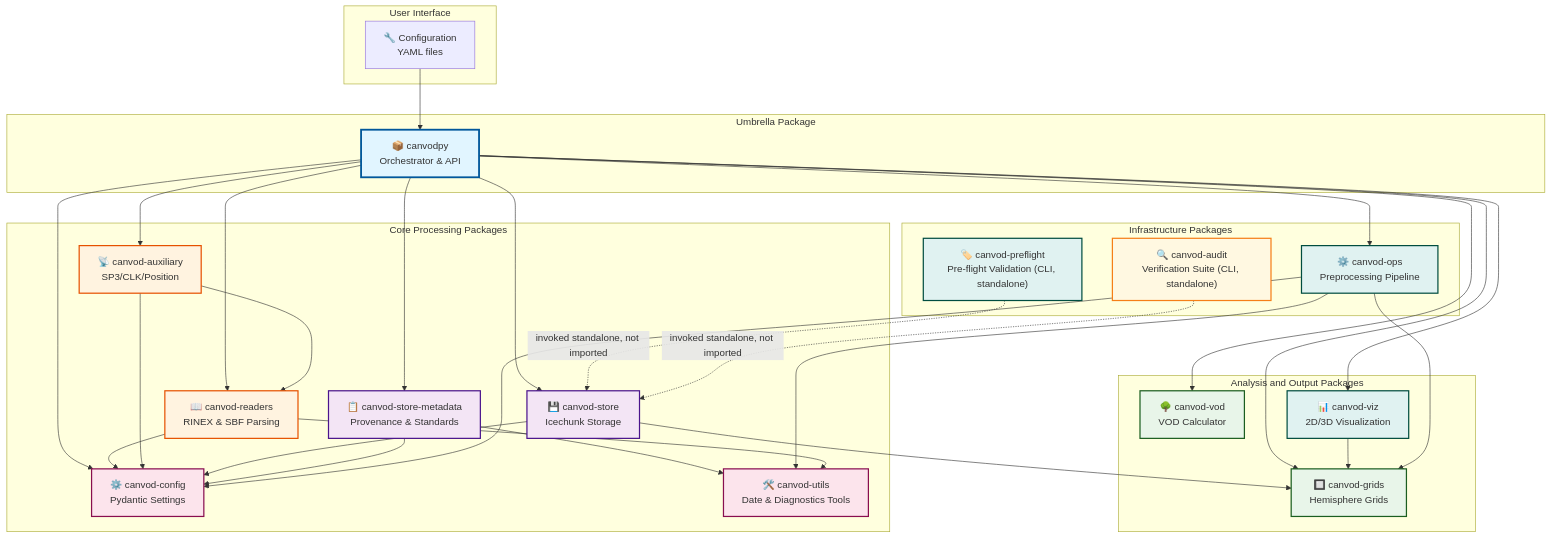
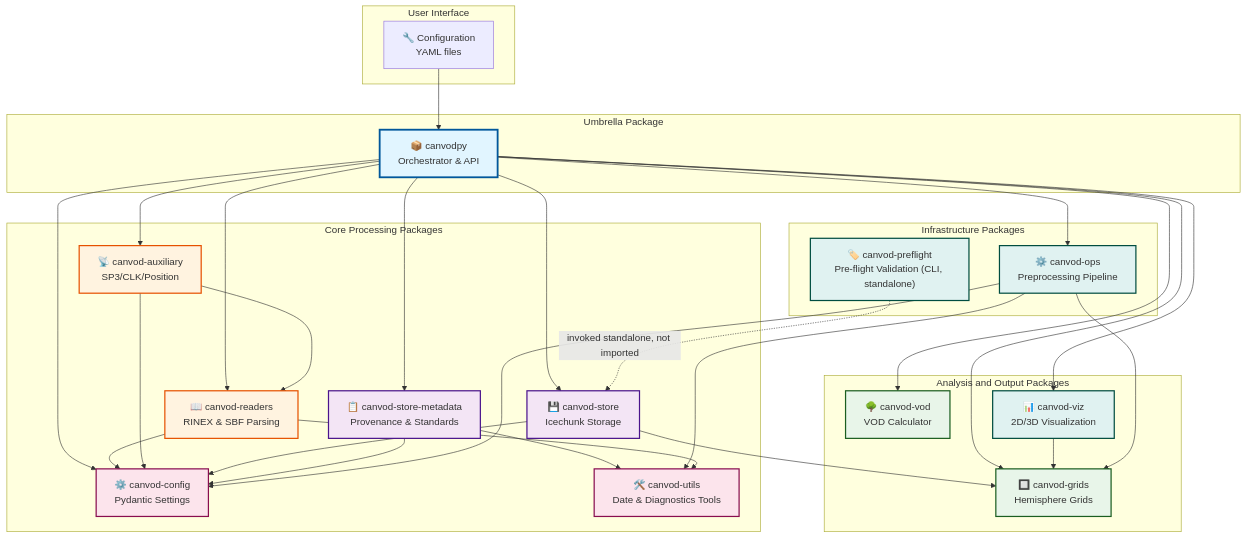
The diagram in docs/diagrams/01-package-structure.mmd (nfb2021/canvodpy), drawn with Mermaid before and after one commit. The commit also changed 84 other files, not shown here.

```diff
--- a/docs/diagrams/01-package-structure.mmd
+++ b/docs/diagrams/01-package-structure.mmd
@@ -1,70 +1,67 @@
 graph TB
     subgraph UI[User Interface]
         Config["🔧 Configuration<br/>YAML files"]
     end
 
     subgraph Umbrella[Umbrella Package]
         Canvodpy["📦 canvodpy<br/>Orchestrator & API"]
     end
 
     subgraph CorePkg[Core Processing Packages]
         Readers["📖 canvod-readers<br/>RINEX & SBF Parsing"]
         Aux["📡 canvod-auxiliary<br/>SP3/CLK/Position"]
         Store["💾 canvod-store<br/>Icechunk Storage"]
         StoreMeta["📋 canvod-store-metadata<br/>Provenance & Standards"]
         CanvodConfig["⚙️ canvod-config<br/>Pydantic Settings"]
         Utils["🛠️ canvod-utils<br/>Date & Diagnostics Tools"]
     end
 
     subgraph AnalysisPkg[Analysis and Output Packages]
         VOD["🌳 canvod-vod<br/>VOD Calculator"]
         Grids["🔲 canvod-grids<br/>Hemisphere Grids"]
         Viz["📊 canvod-viz<br/>2D/3D Visualization"]
     end
 
     subgraph InfraPkg[Infrastructure Packages]
         Ops["⚙️ canvod-ops<br/>Preprocessing Pipeline"]
         Naming["🏷️ canvod-preflight<br/>Pre-flight Validation (CLI, standalone)"]
-        Audit["🔍 canvod-audit<br/>Verification Suite (CLI, standalone)"]
     end
 
     Config --> Canvodpy
     Canvodpy --> Readers
     Canvodpy --> Aux
     Canvodpy --> Store
     Canvodpy --> StoreMeta
     Canvodpy --> CanvodConfig
     Canvodpy --> VOD
     Canvodpy --> Grids
     Canvodpy --> Viz
     Canvodpy --> Ops
 
     Aux --> Readers
     Store --> Grids
     StoreMeta --> Utils
     Viz --> Grids
     Ops --> Grids
     Ops --> Utils
     Readers --> CanvodConfig
     Readers --> Utils
     Aux --> CanvodConfig
     Store --> CanvodConfig
     StoreMeta --> CanvodConfig
     Ops --> CanvodConfig
 
     Naming -.->|invoked standalone, not imported| Store
-    Audit -.->|invoked standalone, not imported| Store
 
     style Canvodpy fill:#e1f5ff,stroke:#01579b,stroke-width:3px
     style Readers fill:#fff3e0,stroke:#e65100,stroke-width:2px
     style Aux fill:#fff3e0,stroke:#e65100,stroke-width:2px
     style Store fill:#f3e5f5,stroke:#4a148c,stroke-width:2px
     style StoreMeta fill:#f3e5f5,stroke:#4a148c,stroke-width:2px
     style CanvodConfig fill:#fce4ec,stroke:#880e4f,stroke-width:2px
     style VOD fill:#e8f5e9,stroke:#1b5e20,stroke-width:2px
     style Grids fill:#e8f5e9,stroke:#1b5e20,stroke-width:2px
     style Viz fill:#e0f2f1,stroke:#004d40,stroke-width:2px
     style Utils fill:#fce4ec,stroke:#880e4f,stroke-width:2px
     style Ops fill:#e0f2f1,stroke:#004d40,stroke-width:2px
     style Naming fill:#e0f2f1,stroke:#004d40,stroke-width:2px
-    style Audit fill:#fff8e1,stroke:#f57f17,stroke-width:2px
```
